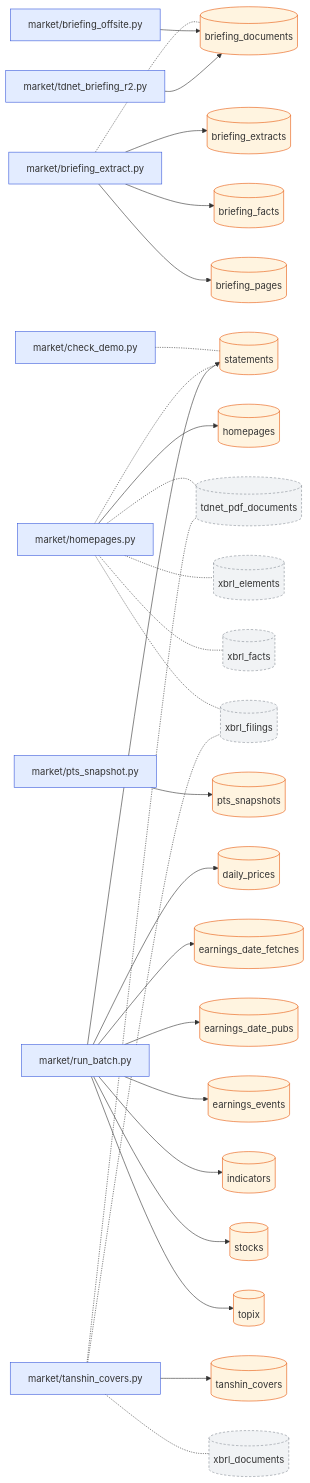
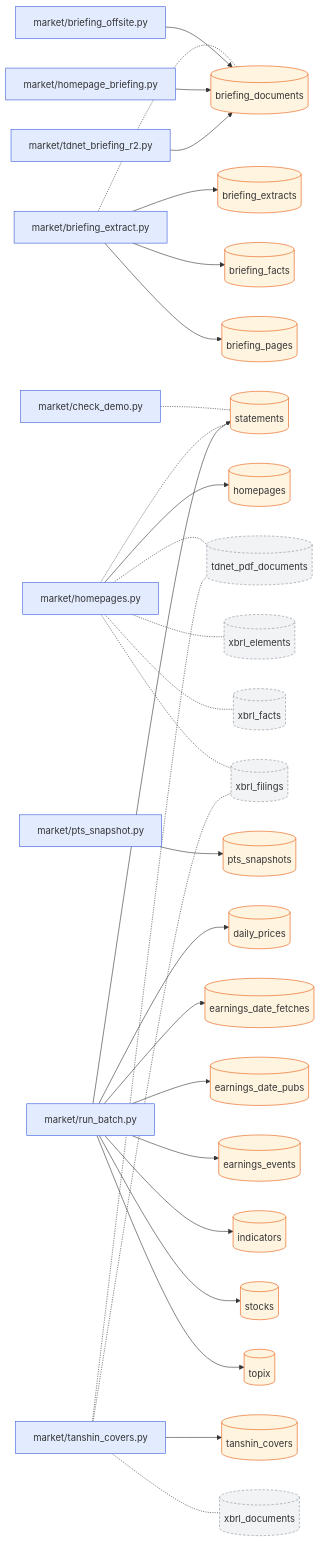
The first of 2 diagrams in docs/dataflow/market.md (pekumirui/stock-analyzer), drawn with Mermaid before and after one commit. The commit also changed other lines of this file and 7 other files, not shown here.

````diff
--- a/docs/dataflow/market.md
+++ b/docs/dataflow/market.md
@@ -9,61 +9,63 @@
 ```mermaid
 flowchart LR
   n0["market/briefing_extract.py"]:::job
   n1["market/briefing_offsite.py"]:::job
   n2["market/check_demo.py"]:::job
-  n3["market/homepages.py"]:::job
-  n4["market/pts_snapshot.py"]:::job
-  n5["market/run_batch.py"]:::job
-  n6["market/tanshin_covers.py"]:::job
-  n7["market/tdnet_briefing_r2.py"]:::job
-  n8[("briefing_documents")]:::tbl
-  n9[("briefing_extracts")]:::tbl
-  n10[("briefing_facts")]:::tbl
-  n11[("briefing_pages")]:::tbl
-  n12[("daily_prices")]:::tbl
-  n13[("earnings_date_fetches")]:::tbl
-  n14[("earnings_date_pubs")]:::tbl
-  n15[("earnings_events")]:::tbl
-  n16[("homepages")]:::tbl
-  n17[("indicators")]:::tbl
-  n18[("pts_snapshots")]:::tbl
-  n19[("statements")]:::tbl
-  n20[("stocks")]:::tbl
-  n21[("tanshin_covers")]:::tbl
-  n22[("tdnet_pdf_documents")]:::ext
-  n23[("topix")]:::tbl
-  n24[("xbrl_documents")]:::ext
-  n25[("xbrl_elements")]:::ext
-  n26[("xbrl_facts")]:::ext
-  n27[("xbrl_filings")]:::ext
-  n0 -.- n8
-  n0 --> n9
+  n3["market/homepage_briefing.py"]:::job
+  n4["market/homepages.py"]:::job
+  n5["market/pts_snapshot.py"]:::job
+  n6["market/run_batch.py"]:::job
+  n7["market/tanshin_covers.py"]:::job
+  n8["market/tdnet_briefing_r2.py"]:::job
+  n9[("briefing_documents")]:::tbl
+  n10[("briefing_extracts")]:::tbl
+  n11[("briefing_facts")]:::tbl
+  n12[("briefing_pages")]:::tbl
+  n13[("daily_prices")]:::tbl
+  n14[("earnings_date_fetches")]:::tbl
+  n15[("earnings_date_pubs")]:::tbl
+  n16[("earnings_events")]:::tbl
+  n17[("homepages")]:::tbl
+  n18[("indicators")]:::tbl
+  n19[("pts_snapshots")]:::tbl
+  n20[("statements")]:::tbl
+  n21[("stocks")]:::tbl
+  n22[("tanshin_covers")]:::tbl
+  n23[("tdnet_pdf_documents")]:::ext
+  n24[("topix")]:::tbl
+  n25[("xbrl_documents")]:::ext
+  n26[("xbrl_elements")]:::ext
+  n27[("xbrl_facts")]:::ext
+  n28[("xbrl_filings")]:::ext
+  n0 -.- n9
   n0 --> n10
   n0 --> n11
-  n1 --> n8
-  n2 -.- n19
-  n3 --> n16
-  n3 -.- n19
-  n3 -.- n22
-  n3 -.- n25
-  n3 -.- n26
-  n3 -.- n27
-  n4 --> n18
-  n5 --> n12
-  n5 --> n13
-  n5 --> n14
-  n5 --> n15
-  n5 --> n17
+  n0 --> n12
+  n1 --> n9
+  n2 -.- n20
+  n3 --> n9
+  n4 --> n17
+  n4 -.- n20
+  n4 -.- n23
+  n4 -.- n26
+  n4 -.- n27
+  n4 -.- n28
   n5 --> n19
-  n5 --> n20
-  n5 --> n23
+  n6 --> n13
+  n6 --> n14
+  n6 --> n15
+  n6 --> n16
+  n6 --> n18
+  n6 --> n20
   n6 --> n21
-  n6 -.- n22
-  n6 -.- n24
-  n6 -.- n27
-  n7 --> n8
+  n6 --> n24
+  n7 --> n22
+  n7 -.- n23
+  n7 -.- n25
+  n7 -.- n28
+  n8 --> n9
   classDef job fill:#e3ecff,stroke:#3b5bdb
   classDef api fill:#e6f7ec,stroke:#2b8a3e
   classDef tbl fill:#fff4e0,stroke:#e8590c
   classDef ext fill:#f1f3f5,stroke:#868e96,stroke-dasharray:4 3
 ```
````
